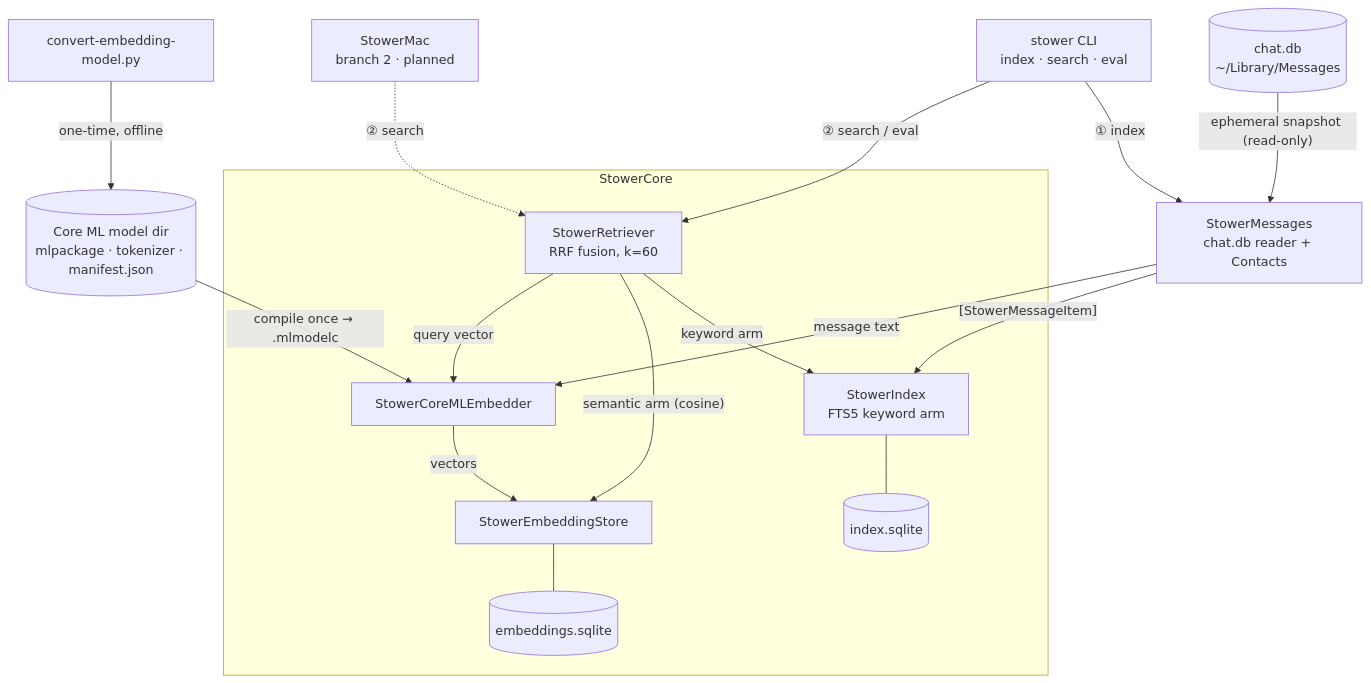
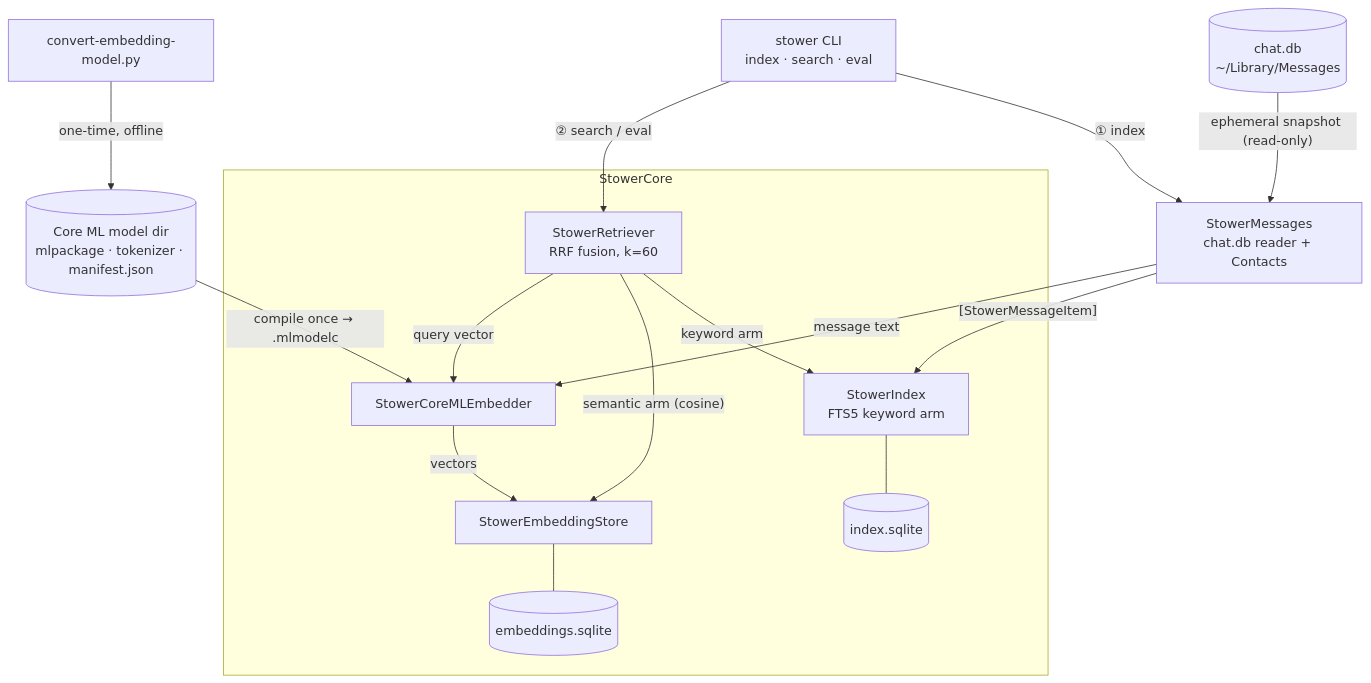
The diagram in README.md (emilykangdev/stower), drawn with Mermaid before and after one commit. The commit also changed other lines of this file and 1 other file, not shown here.

````diff
--- a/README.md
+++ b/README.md
@@ -47,36 +76,34 @@
 ```mermaid
 flowchart TD
     chatdb[("chat.db<br/>~/Library/Messages")]
     convert["convert-embedding-model.py"]
     model[("Core ML model dir<br/>mlpackage · tokenizer · manifest.json")]
     convert -->|"one-time, offline"| model
 
     cli["stower CLI<br/>index · search · eval"]
-    mac["StowerMac<br/>branch 2 · planned"]
     msgs["StowerMessages<br/>chat.db reader + Contacts"]
 
     subgraph core["StowerCore"]
         index["StowerIndex<br/>FTS5 keyword arm"]
         store["StowerEmbeddingStore"]
         embedder["StowerCoreMLEmbedder"]
         retriever["StowerRetriever<br/>RRF fusion, k=60"]
         idxdb[("index.sqlite")]
         embdb[("embeddings.sqlite")]
         index --- idxdb
         store --- embdb
     end
 
     chatdb -->|"ephemeral snapshot (read-only)"| msgs
 
     cli -->|"① index"| msgs
     msgs -->|"[StowerMessageItem]"| index
     msgs -->|"message text"| embedder
     model -->|"compile once → .mlmodelc"| embedder
     embedder -->|"vectors"| store
 
     cli -->|"② search / eval"| retriever
-    mac -.->|"② search"| retriever
     retriever -->|"keyword arm"| index
     retriever -->|"semantic arm (cosine)"| store
     retriever -->|"query vector"| embedder
 ```
````
